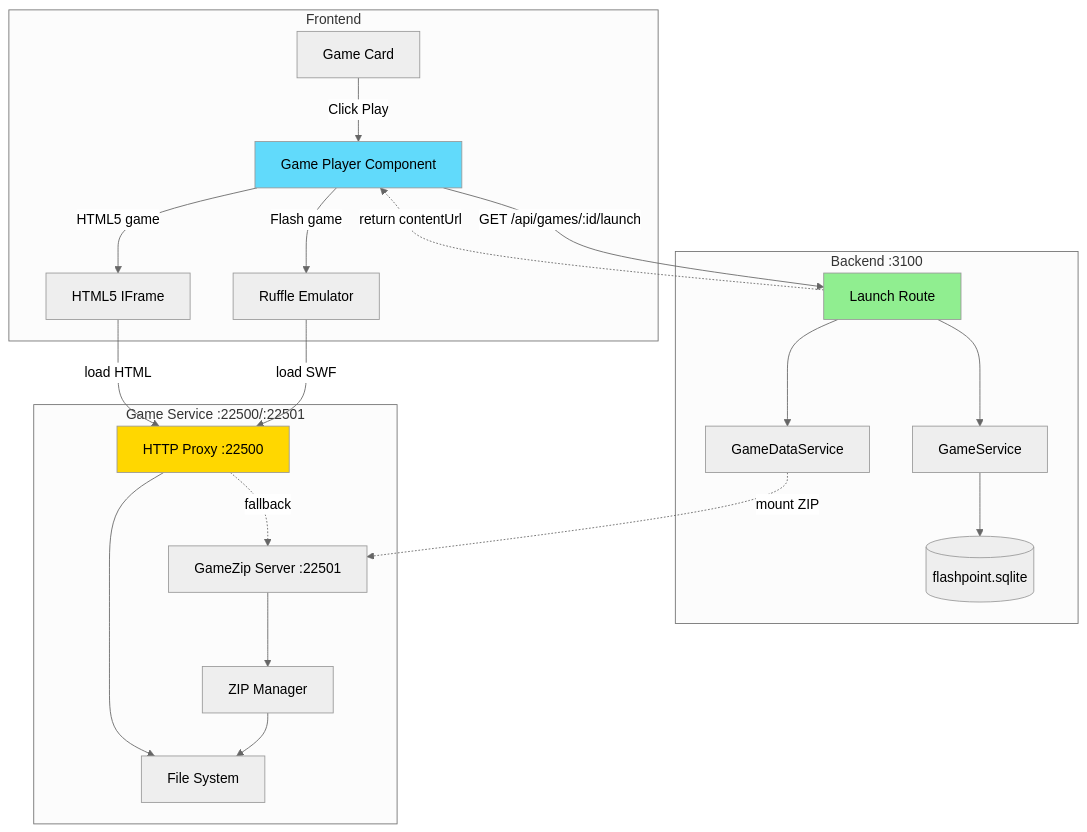
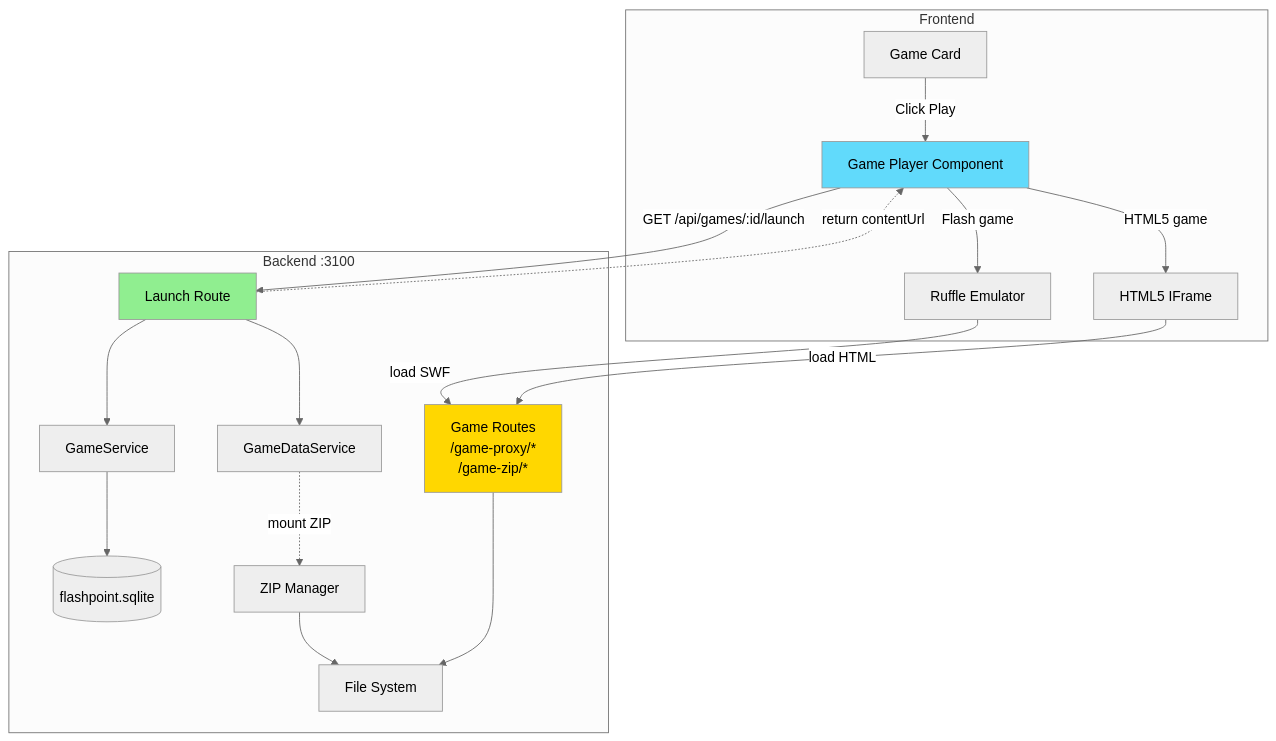
One commit to darkraise/flashpoint-web changed the first of 6 diagrams in docs/02-architecture/game-launch-flow.md. Above: the diagram before and after it, drawn with Mermaid (neutral theme). The commit also changed other lines of this file and 252 other files, not shown here.

````diff
--- a/docs/02-architecture/game-launch-flow.md
+++ b/docs/02-architecture/game-launch-flow.md
@@ -11,46 +13,40 @@
 ```mermaid
 graph TB
     subgraph "Frontend"
         GameCard[Game Card]
         GamePlayer[Game Player Component]
         Ruffle[Ruffle Emulator]
         IFrame[HTML5 IFrame]
     end
 
     subgraph "Backend :3100"
         LaunchRoute[Launch Route]
         GameService[GameService]
         GameDataSvc[GameDataService]
         FlashpointDB[(flashpoint.sqlite)]
-    end
-
-    subgraph "Game Service :22500/:22501"
-        ProxyServer[HTTP Proxy :22500]
-        ZipServer[GameZip Server :22501]
+        GameRoutes[Game Routes<br/>/game-proxy/*<br/>/game-zip/*]
         ZipManager[ZIP Manager]
         FileSystem[File System]
     end
 
     GameCard -->|Click Play| GamePlayer
     GamePlayer -->|GET /api/games/:id/launch| LaunchRoute
     LaunchRoute --> GameService
     GameService --> FlashpointDB
     LaunchRoute --> GameDataSvc
 
-    GameDataSvc -.mount ZIP.-> ZipServer
-    ZipServer --> ZipManager
+    GameDataSvc -.mount ZIP.-> ZipManager
     ZipManager --> FileSystem
 
     LaunchRoute -.return contentUrl.-> GamePlayer
     GamePlayer -->|Flash game| Ruffle
     GamePlayer -->|HTML5 game| IFrame
 
-    Ruffle -->|load SWF| ProxyServer
-    IFrame -->|load HTML| ProxyServer
-    ProxyServer --> FileSystem
-    ProxyServer -.fallback.-> ZipServer
+    Ruffle -->|load SWF| GameRoutes
+    IFrame -->|load HTML| GameRoutes
+    GameRoutes --> FileSystem
 
     style GamePlayer fill:#61dafb
     style LaunchRoute fill:#90ee90
-    style ProxyServer fill:#ffd700
+    style GameRoutes fill:#ffd700
 ```
````
